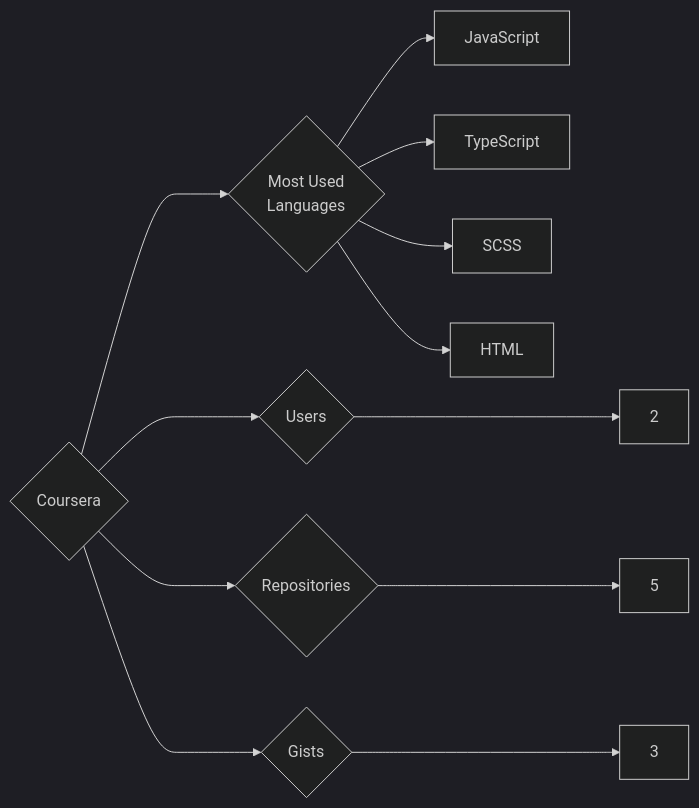
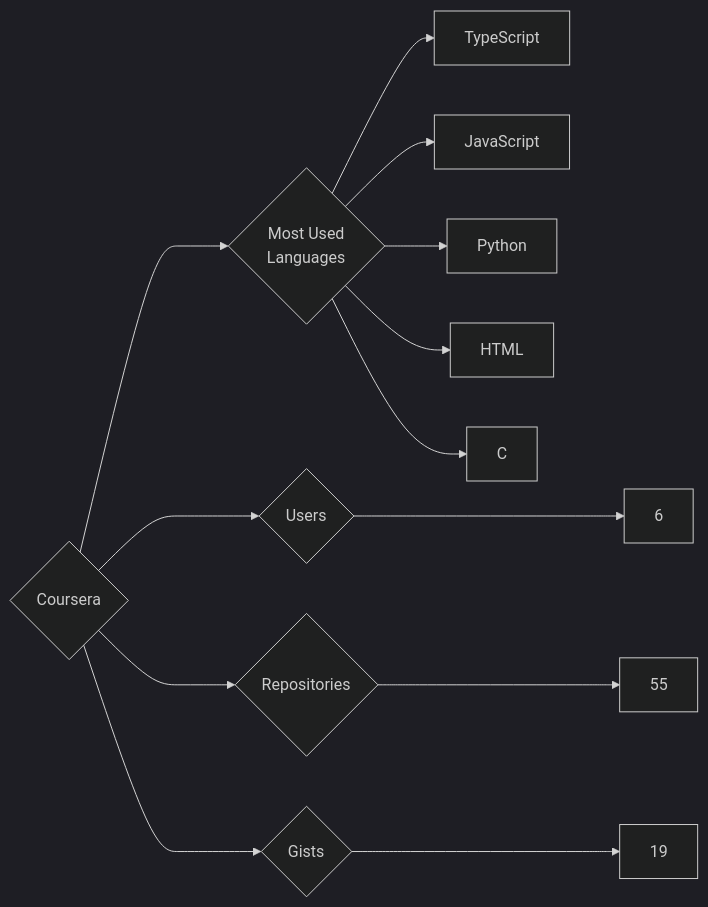
The diagram in targets/Coursera/README.md (trickest/insiders), drawn with Mermaid (dark theme) before and after one commit. The commit also changed 914 other files, not shown here.

````diff
--- a/targets/Coursera/README.md
+++ b/targets/Coursera/README.md
@@ -3,12 +3,13 @@
 ```mermaid
 graph LR
 COMPANY_NAME{Coursera}
-COMPANY_NAME ---> U{Users} ---> UN[2]
-COMPANY_NAME ---> R{Repositories} ---> RN[5]
-COMPANY_NAME ---> G{Gists} ---> GN[3]
+COMPANY_NAME ---> U{Users} ---> UN[6]
+COMPANY_NAME ---> R{Repositories} ---> RN[55]
+COMPANY_NAME ---> G{Gists} ---> GN[19]
 COMPANY_NAME ---> ML{Most Used<br>Languages}
+ML --> TypeScript[TypeScript]
 ML --> JavaScript[JavaScript]
-ML --> TypeScript[TypeScript]
-ML --> SCSS[SCSS]
+ML --> Python[Python]
 ML --> HTML[HTML]
+ML --> C[C]
 ```
````
